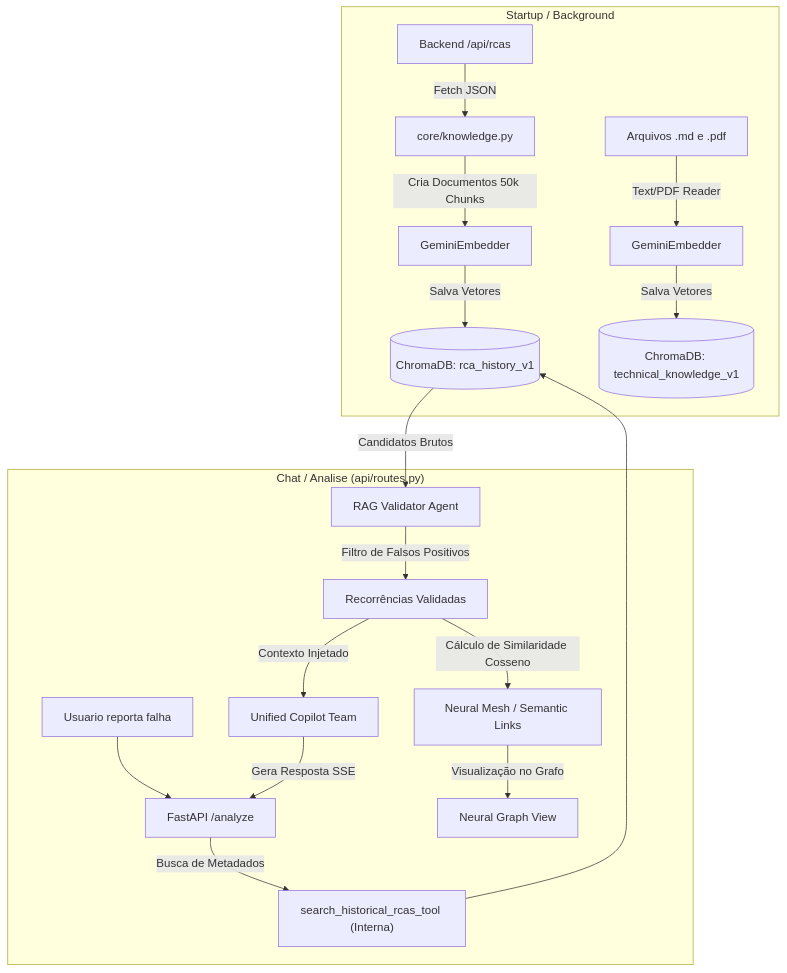
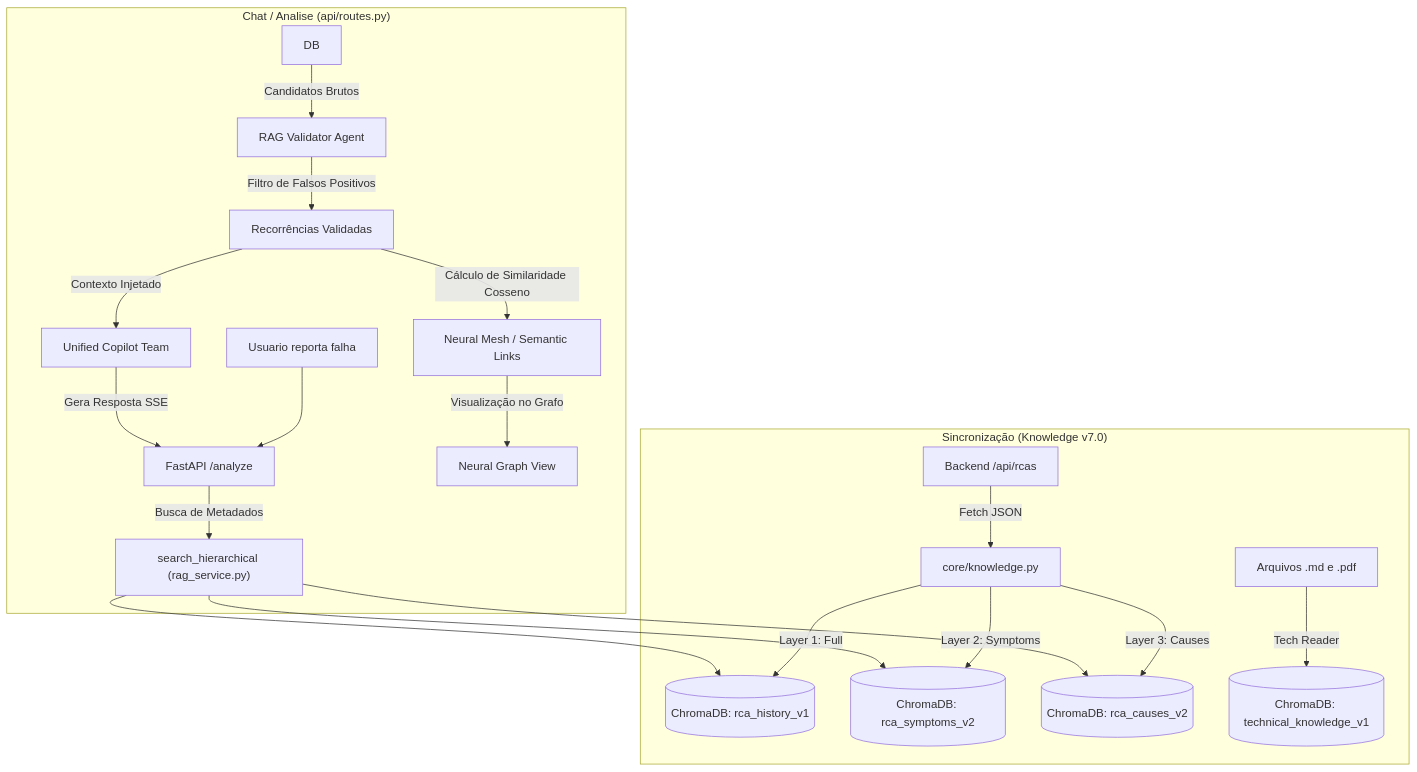
The first of 2 diagrams in docs/ai/rag_pipeline.md (GuimaraesL/RCA-System), drawn with Mermaid before and after one commit. The commit also changed other lines of this file and 8 other files, not shown here.

First line of the commit message:
feat(rag): sincroniza indexação com schema 7.0 e adota campo descrição

````diff
--- a/docs/ai/rag_pipeline.md
+++ b/docs/ai/rag_pipeline.md
@@ -11,26 +11,29 @@
 ```mermaid
 graph TD
-    subgraph Sincronizacao ["Startup / Background"]
+    subgraph Sincronizacao ["Sincronização (Knowledge v7.0)"]
         B[Backend /api/rcas] -- Fetch JSON --> E[core/knowledge.py]
-        E -- Cria Documentos 50k Chunks --> EM[GeminiEmbedder]
-        EM -- Salva Vetores --> DB[(ChromaDB: rca_history_v1)]
         
-        MD_PDF[Arquivos .md e .pdf] -- Text/PDF Reader --> EM2[GeminiEmbedder]
-        EM2 -- Salva Vetores --> DB2[(ChromaDB: technical_knowledge_v1)]
+        E -- Layer 1: Full --> DB1[(ChromaDB: rca_history_v1)]
+        E -- Layer 2: Symptoms --> DB2[(ChromaDB: rca_symptoms_v2)]
+        E -- Layer 3: Causes --> DB3[(ChromaDB: rca_causes_v2)]
+        
+        MD_PDF[Arquivos .md e .pdf] -- Tech Reader --> DB_TECH[(ChromaDB: technical_knowledge_v1)]
     end
 
     subgraph Chat_Analise ["Chat / Analise (api/routes.py)"]
         U[Usuario reporta falha] --> API[FastAPI /analyze]
-        API -- Busca de Metadados --> TL["search_historical_rcas_tool (Interna)"]
-        TL --> DB
+        API -- Busca de Metadados --> TL["search_hierarchical (rag_service.py)"]
+        TL --> DB1
+        TL --> DB2
+        TL --> DB3
         
         DB -- Candidatos Brutos --> RV[RAG Validator Agent]
         RV -- Filtro de Falsos Positivos --> V[Recorrências Validadas]
         
         V -- Cálculo de Similaridade Cosseno --> NM[Neural Mesh / Semantic Links]
         NM -- Visualização no Grafo --> G[Neural Graph View]
         
         V -- Contexto Injetado --> LLM[Unified Copilot Team]
         LLM -- Gera Resposta SSE --> API
     end
 ```
````
